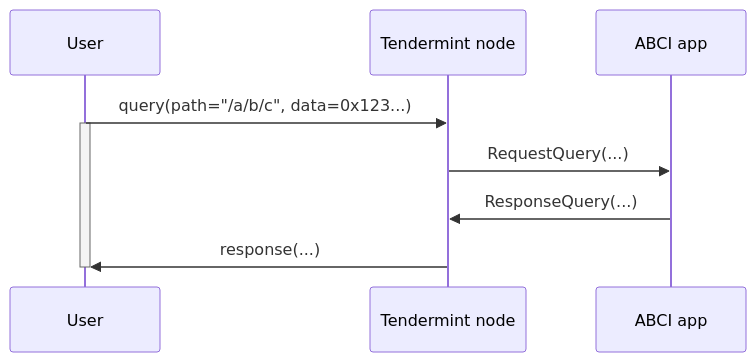
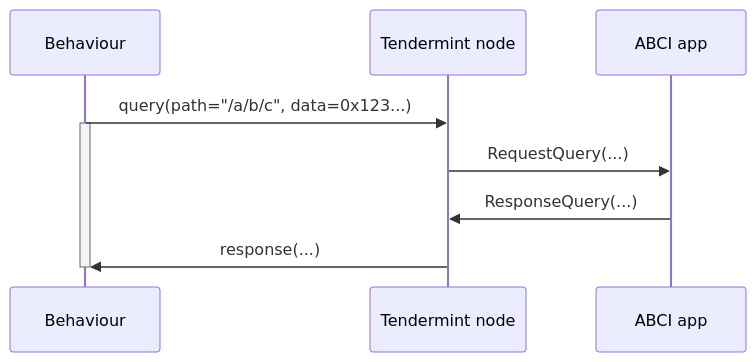
Before and after one commit to valory-xyz/open-autonomy: the fourth of 4 diagrams in docs/abci-implementation.md, drawn with Mermaid. The commit also changed other lines of this file, not shown here.

Commit message:
docs: replace user with behaviour

```diff
--- a/docs/abci-implementation.md
+++ b/docs/abci-implementation.md
@@ -159,15 +157,15 @@
 <div class="mermaid">
     sequenceDiagram
 
-        participant User
+        participant Behaviour
         participant Tendermint node
         participant ABCI app
 
-        User->>Tendermint node: query(path="/a/b/c", data=0x123...)
-        activate User
+        Behaviour->>Tendermint node: query(path="/a/b/c", data=0x123...)
+        activate Behaviour
         Tendermint node->>ABCI app: RequestQuery(...)
         ABCI app->>Tendermint node: ResponseQuery(...)
-        Tendermint node->>User: response(...)
-        deactivate User
+        Tendermint node->>Behaviour: response(...)
+        deactivate Behaviour
 
 </div>
```
